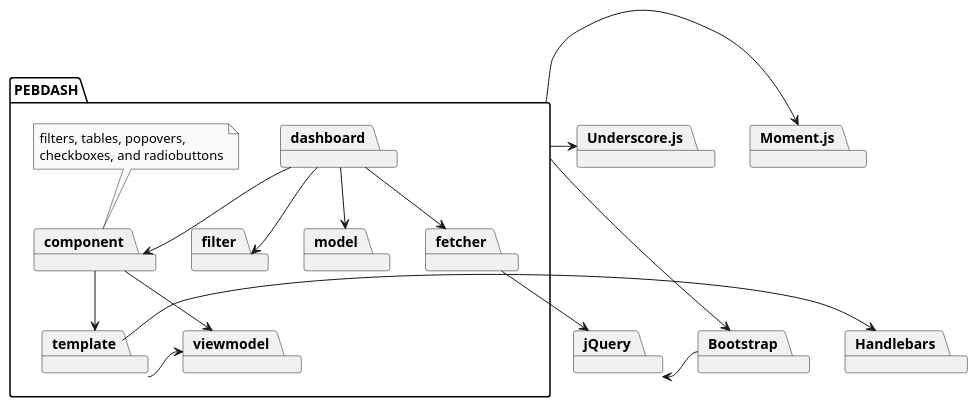
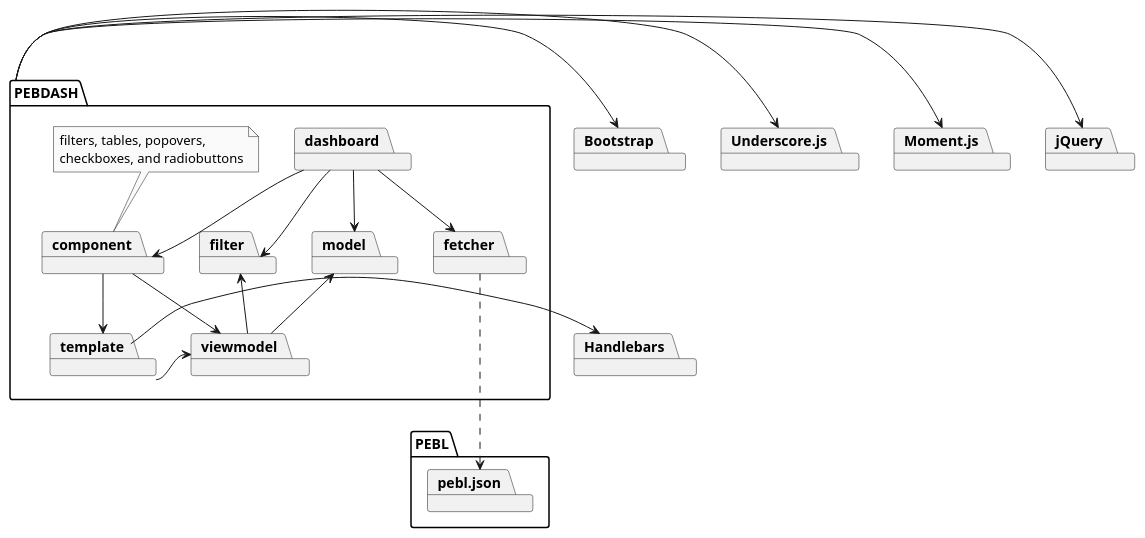
One commit to uniba-dsg/betsy changed the diagram in loader/doc/dashboard-dependencies.puml. Above: the diagram before and after it, drawn with PlantUML. The commit also changed 1 other file, not shown here.

Commit message:
Update uml diagrams.

```diff
--- a/loader/doc/dashboard-dependencies.puml
+++ b/loader/doc/dashboard-dependencies.puml
@@ -1,46 +1,53 @@
 @startuml
 
 package jQuery
 package Underscore.js
 package Moment.js
 package Handlebars
 package Bootstrap
+
+package PEBL{
+	package pebl.json
+}
 
 package PEBDASH {
 	package dashboard
 	package filter
 	package model
 	package component
     note top of component
      filters, tables, popovers,
      checkboxes, and radiobuttons
     end note
 	package template
 	package viewmodel
 	package fetcher
 	component --> template
 	component --> viewmodel
 	template -> viewmodel
 	template -> Handlebars
 	dashboard --> component
 	dashboard --> filter
 	dashboard --> model
 	dashboard --> fetcher
+	viewmodel -up-> model
+	viewmodel -up-> filter
 }
 
 PEBDASH -> Bootstrap
 PEBDASH -> Underscore.js
 PEBDASH -> Moment.js
-jQuery <- Bootstrap
-fetcher --> jQuery
+PEBDASH -> jQuery
+
+fetcher ...> pebl.json
 
 
 
 hide empty members
 hide empty methods
 hide circle
 
 skinparam monochrome true
 skinparam shadowing false
 skinparam packageStyle rect
 @enduml
```
